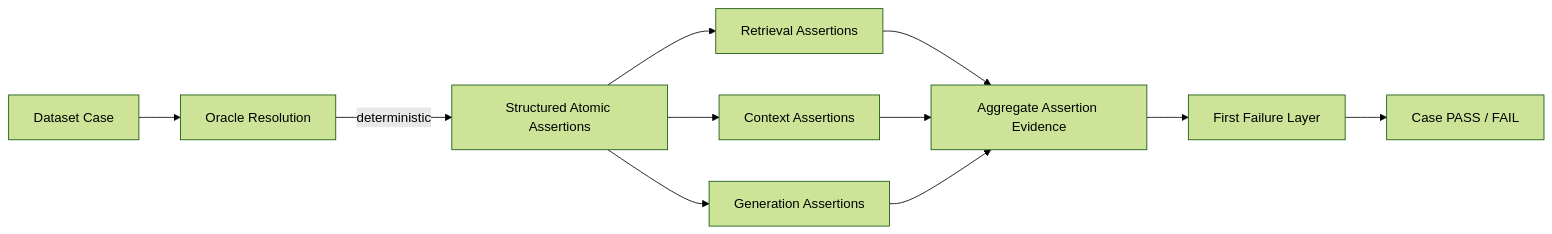
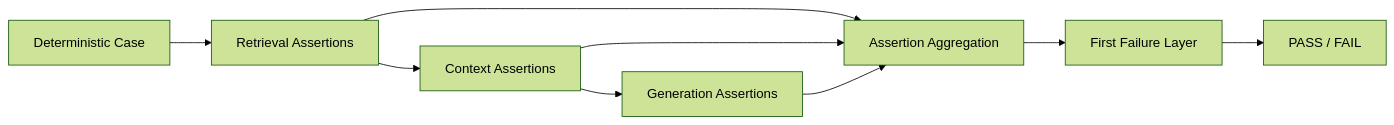
Before and after one commit to oleksandrserhieiev-beep/ai-qe-lab: the fifth of 9 diagrams in docs/architecture.md, drawn with Mermaid (forest theme). The commit also changed other lines of this file, not shown here.

Commit message:
Align architecture with implemented adaptive context flow

````diff
--- a/docs/architecture.md
+++ b/docs/architecture.md
@@ -67,13 +162,11 @@
 ```mermaid
 flowchart LR
-    CASE[Dataset Case] --> OR[Oracle Resolution]
-    OR -->|deterministic| AS[Structured Atomic Assertions]
-    AS --> RET[Retrieval Assertions]
-    AS --> CTX[Context Assertions]
-    AS --> GEN[Generation Assertions]
-    RET --> AGG[Aggregate Assertion Evidence]
+    CASE[Deterministic Case] --> RET[Retrieval Assertions]
+    RET --> CTX[Context Assertions]
+    CTX --> GEN[Generation Assertions]
+    RET --> AGG[Assertion Aggregation]
     CTX --> AGG
     GEN --> AGG
     AGG --> LOC[First Failure Layer]
-    LOC --> RES[Case PASS / FAIL]
+    LOC --> RES[PASS / FAIL]
 ```
````
